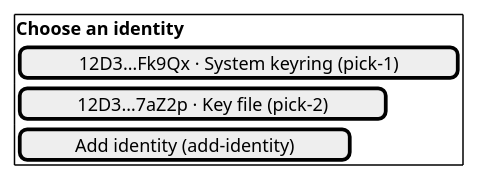
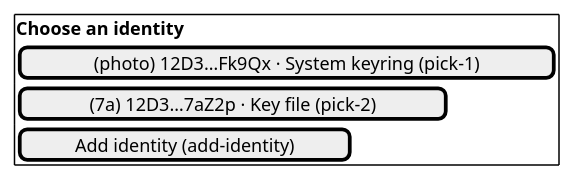
Before and after one commit to abbat/dyapp: the third of 14 diagrams in docs/design/desktop-screens.md, drawn with PlantUML. The commit also changed other lines of this file and 8 other files, not shown here.

````diff
--- a/docs/design/desktop-screens.md
+++ b/docs/design/desktop-screens.md
@@ -53,10 +55,10 @@
 ```plantuml
 @startsalt
 {+
 <b>Choose an identity
-[12D3…Fk9Qx · System keyring (pick-1)]
-[12D3…7aZ2p · Key file (pick-2)]
+[(photo) 12D3…Fk9Qx · System keyring (pick-1)]
+[(7a) 12D3…7aZ2p · Key file (pick-2)]
 [Add identity (add-identity)]
 }
 @endsalt
 ```
````
